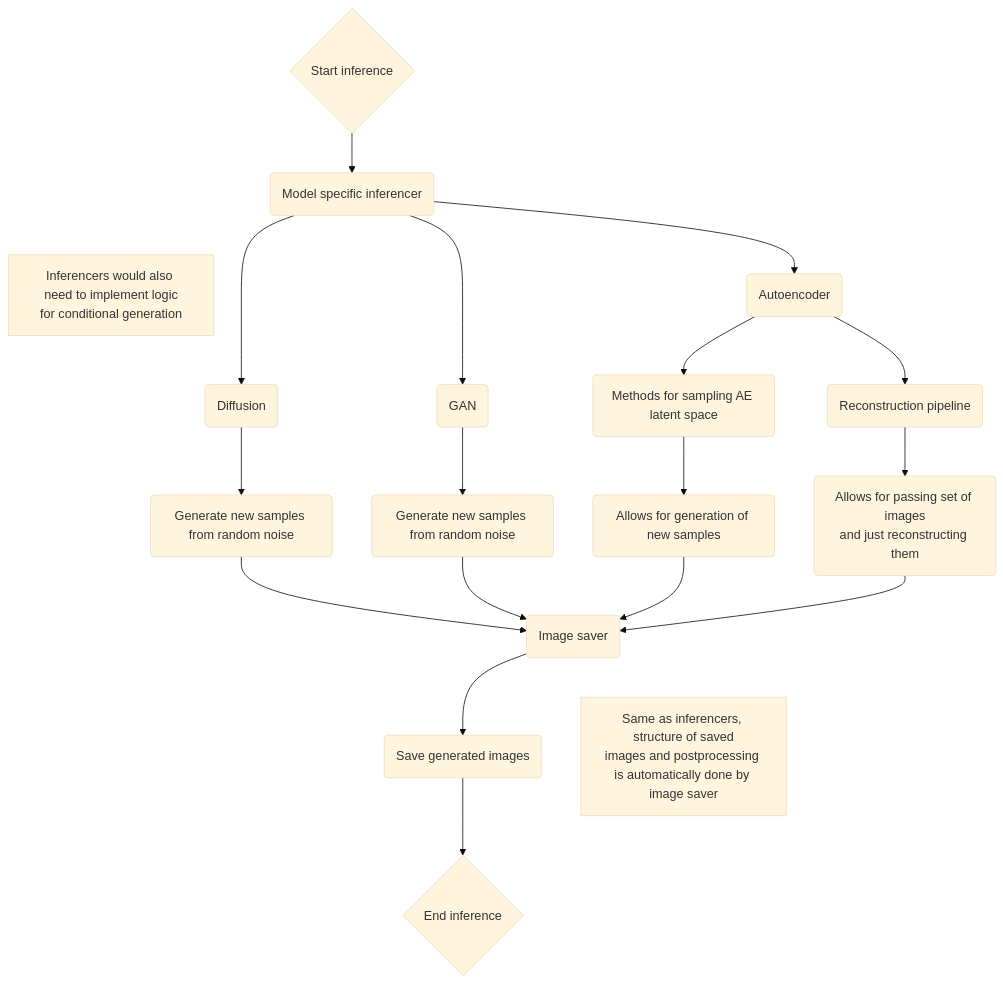
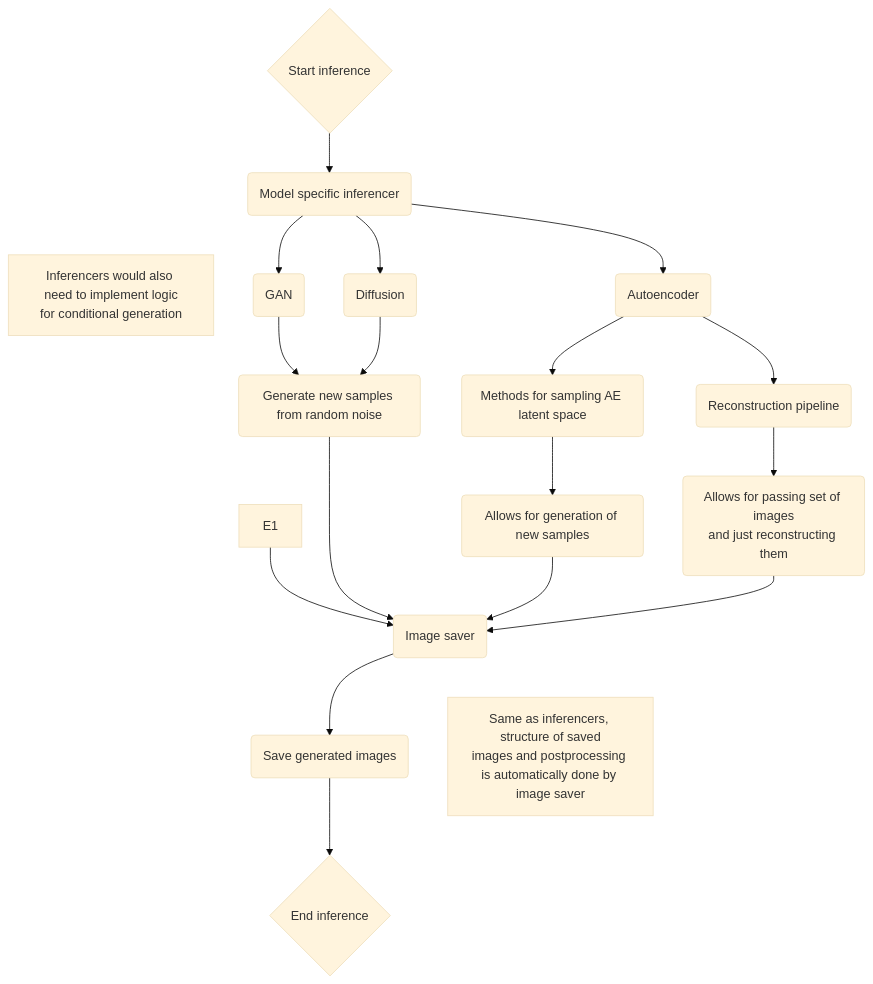
The diagram in mermaid/inference.md (mlcommons/GaNDLF-Synth), drawn with Mermaid (base theme) before and after one commit.

````diff
--- a/mermaid/inference.md
+++ b/mermaid/inference.md
@@ -1,27 +1,27 @@
 ```mermaid
 flowchart TD
 A{Start inference} --> B(Model specific inferencer)
 B ~~~ BComm[Inferencers would also need to implement logic
 for conditional generation]
 B --> C(Autoencoder)
 B --> D(GAN)
 B --> E(Diffusion)
 C --> C1(Reconstruction pipeline)
 %% ae
 C1 --> C11(Allows for passing set of images
 and just reconstructing them)
 C --> C2(Methods for sampling AE latent space)
 C2 --> C21(Allows for generation of new samples)
 %% GAN
 D --> D1(Generate new samples from random noise)
-E --> E1(Generate new samples from random noise)
+E --> D1
 
 E1 --> F(Image saver)
 D1 --> F
 C21 --> F
 C11 --> F
 F --> G(Save generated images)
 F ~~~ FComm[Same as inferencers, structure of saved
 images and postprocessing is automatically done by image saver]
 G --> H{End inference}
 ```
````
